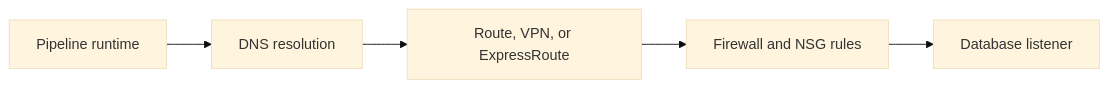
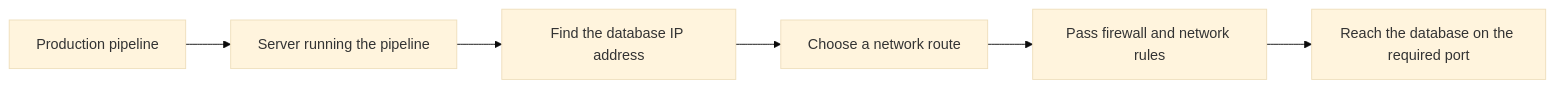
The diagram in DE/industry-experience/02-laptop-connects-pipeline-cannot.md (xuyangHan/FROM-DATA-TO-DECISIONS), drawn with Mermaid (base theme) before and after one commit. The commit also changed other lines of this file and 1 other file, not shown here.

````diff
--- a/DE/industry-experience/02-laptop-connects-pipeline-cannot.md
+++ b/DE/industry-experience/02-laptop-connects-pipeline-cannot.md
@@ -13,7 +19,8 @@
 ```mermaid
 flowchart LR
-  runtime[Pipeline runtime] --> dns[DNS resolution]
-  dns --> route[Route, VPN, or ExpressRoute]
-  route --> controls[Firewall and NSG rules]
-  controls --> db[Database listener]
+  pipeline[Production pipeline] --> runtime[Server running the pipeline]
+  runtime --> dns[Find the database IP address]
+  dns --> route[Choose a network route]
+  route --> controls[Pass firewall and network rules]
+  controls --> db[Reach the database on the required port]
 ```
````
